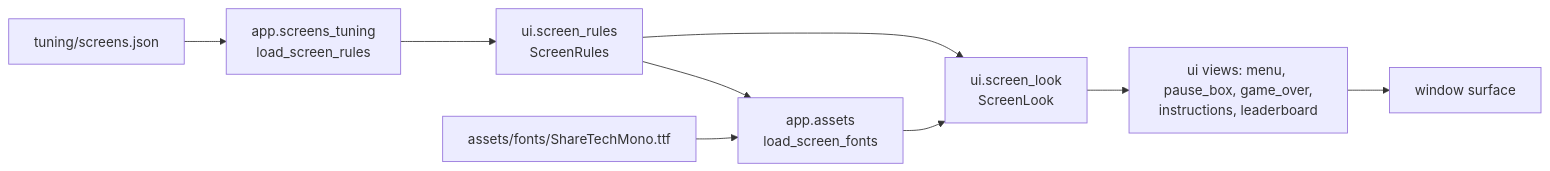
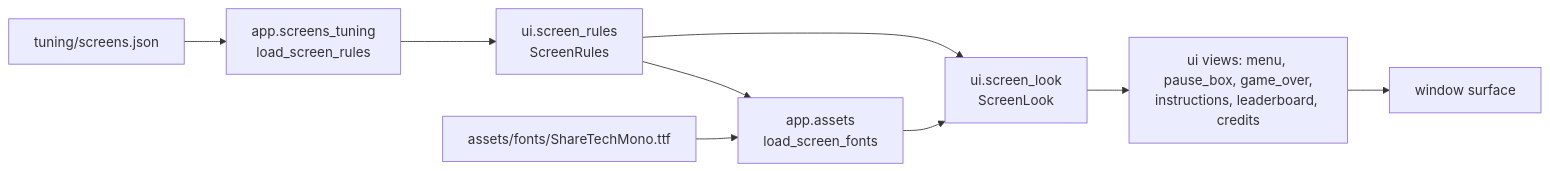
Before and after one commit to david-mntl/driftward-ace: the diagram in docs/contracts/systems/screens.md, drawn with Mermaid. The commit also changed other lines of this file and 7 other files, not shown here.

Commit message:
docs(contracts): add the credits page, screen and menu item to the screens and game-flow specs

````diff
--- a/docs/contracts/systems/screens.md
+++ b/docs/contracts/systems/screens.md
@@ -23,11 +23,11 @@
 ```mermaid
 flowchart LR
   T["tuning/screens.json"] --> L["app.screens_tuning<br/>load_screen_rules"]
   L --> R["ui.screen_rules<br/>ScreenRules"]
   F["assets/fonts/ShareTechMono.ttf"] --> LF["app.assets<br/>load_screen_fonts"]
   R --> LF
   R --> K["ui.screen_look<br/>ScreenLook"]
   LF --> K
-  K --> V["ui views: menu, pause_box, game_over,<br/>instructions, leaderboard"]
+  K --> V["ui views: menu, pause_box, game_over,<br/>instructions, leaderboard, credits"]
   V --> W["window surface"]
 ```
````
